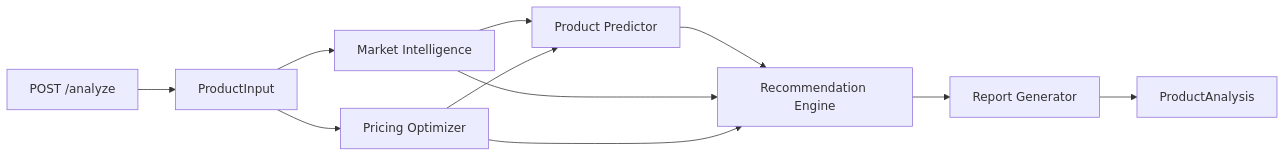
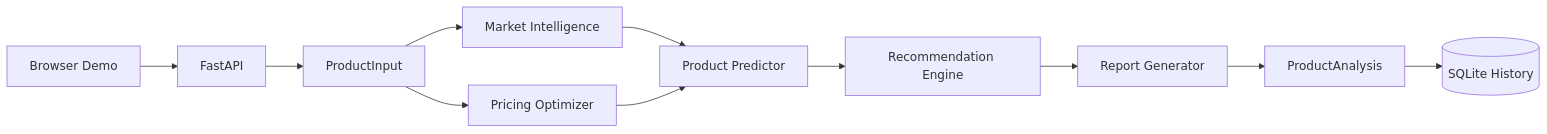
The diagram in README.md (zenyenochen-alt/zenyeno-ai-core), drawn with Mermaid before and after one commit. The commit also changed other lines of this file and 19 other files, not shown here.

Commit message:
release v1.1 product analysis platform

````diff
--- a/README.md
+++ b/README.md
@@ -25,13 +28,13 @@
 ```mermaid
 flowchart LR
-    A[POST /analyze] --> B[ProductInput]
-    B --> C[Market Intelligence]
-    B --> D[Pricing Optimizer]
-    C --> E[Product Predictor]
-    D --> E
-    E --> F[Recommendation Engine]
-    C --> F
-    D --> F
-    F --> G[Report Generator]
-    G --> H[ProductAnalysis]
+    UI[Browser Demo] --> API[FastAPI]
+    API --> INPUT[ProductInput]
+    INPUT --> MARKET[Market Intelligence]
+    INPUT --> PRICE[Pricing Optimizer]
+    MARKET --> SCORE[Product Predictor]
+    PRICE --> SCORE
+    SCORE --> REC[Recommendation Engine]
+    REC --> REPORT[Report Generator]
+    REPORT --> RESULT[ProductAnalysis]
+    RESULT --> DB[(SQLite History)]
 ```
````
